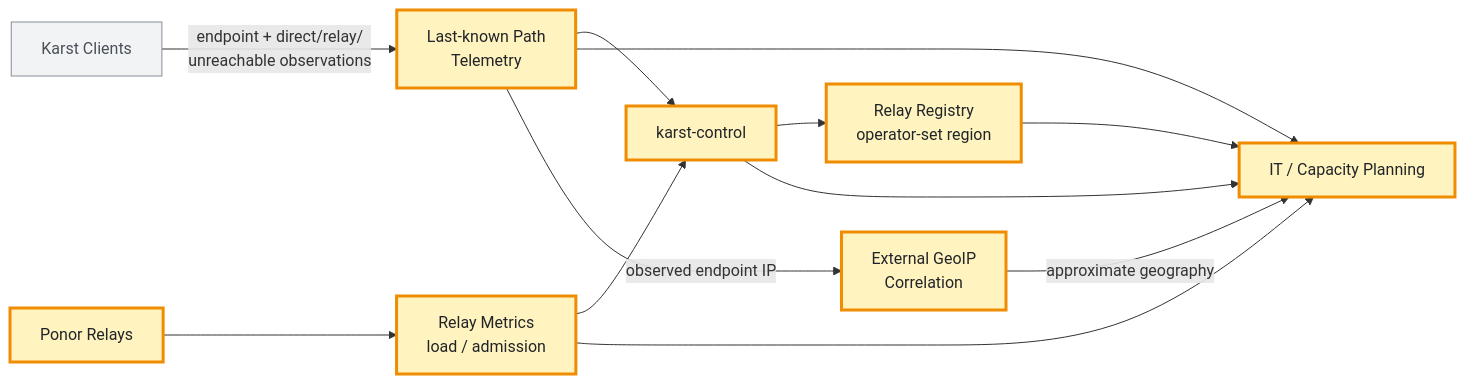
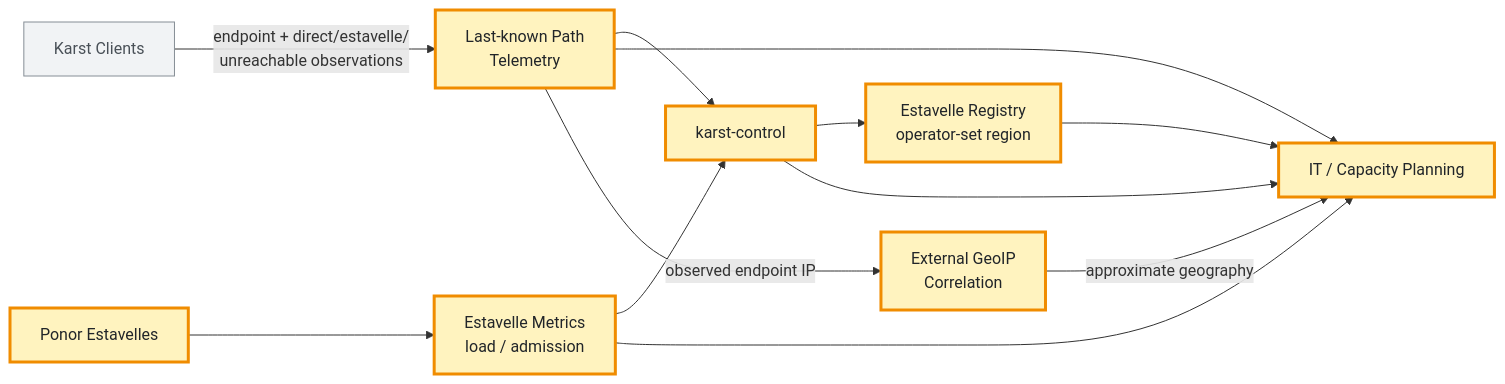
Before and after one commit to karst-net/karst: the eighth of 9 diagrams in docs/CUSTOMER-SCENARIOS.md, drawn with Mermaid. The commit also changed other lines of this file and 474 other files, not shown here.

First line of the commit message:
Rename AVEN/Relay/Gateway to Resurgence/Estavelle/Aven (ADR-0069) (#557)

````diff
--- a/docs/CUSTOMER-SCENARIOS.md
+++ b/docs/CUSTOMER-SCENARIOS.md
@@ -507,28 +507,28 @@
 ```mermaid
 flowchart LR
     Clients["Karst Clients"]
-    Relay["Ponor Relays"]
+    Estavelle["Ponor Estavelles"]
     Control["karst-control"]
-    Registry["Relay Registry<br/>operator-set region"]
+    Registry["Estavelle Registry<br/>operator-set region"]
     Paths["Last-known Path<br/>Telemetry"]
-    Metrics["Relay Metrics<br/>load / admission"]
+    Metrics["Estavelle Metrics<br/>load / admission"]
     GeoIP["External GeoIP<br/>Correlation"]
     IT["IT / Capacity Planning"]
 
-    Clients -->|"endpoint + direct/relay/<br/>unreachable observations"| Paths
-    Relay --> Metrics
+    Clients -->|"endpoint + direct/estavelle/<br/>unreachable observations"| Paths
+    Estavelle --> Metrics
     Control --> Registry
     Paths --> Control
     Metrics --> Control
     Control --> IT
     Registry --> IT
     Paths --> IT
     Metrics --> IT
     Paths -->|"observed endpoint IP"| GeoIP
     GeoIP -->|"approximate geography"| IT
 
     classDef focus fill:#fff3bf,stroke:#f08c00,stroke-width:3px,color:#212529;
     classDef context fill:#f1f3f5,stroke:#868e96,color:#495057;
-    class Control,Registry,Paths,Metrics,GeoIP,IT,Relay focus;
+    class Control,Registry,Paths,Metrics,GeoIP,IT,Estavelle focus;
     class Clients context;
 ```
````
